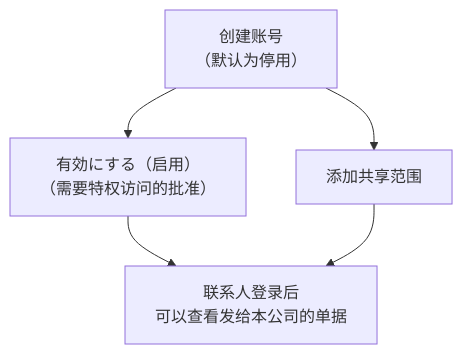
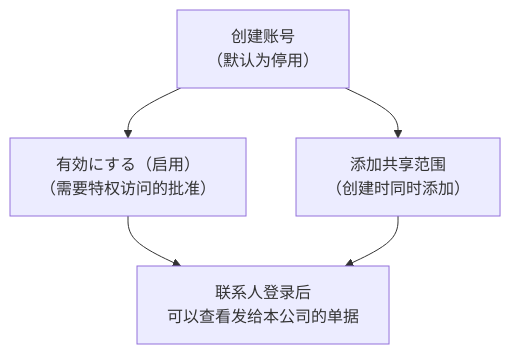
One commit to Kuisin/ckk-tool-v3 changed the diagram in coolify/apps/nextjs-web/content/manual/operations/system/portal/user.zh.md. Above: the diagram before and after it, drawn with Mermaid. The commit also changed other lines of this file and 89 other files, not shown here.

````diff
--- a/coolify/apps/nextjs-web/content/manual/operations/system/portal/user.zh.md
+++ b/coolify/apps/nextjs-web/content/manual/operations/system/portal/user.zh.md
@@ -36,7 +52,7 @@
 ```mermaid
 flowchart TD
   c["创建账号<br/>（默认为停用）"] --> a["有効にする（启用）<br/>（需要特权访问的批准）"]
-  c --> s["添加共享范围"]
+  c --> s["添加共享范围<br/>（创建时同时添加）"]
   a --> v["联系人登录后<br/>可以查看发给本公司的单据"]
   s --> v
 ```
````
